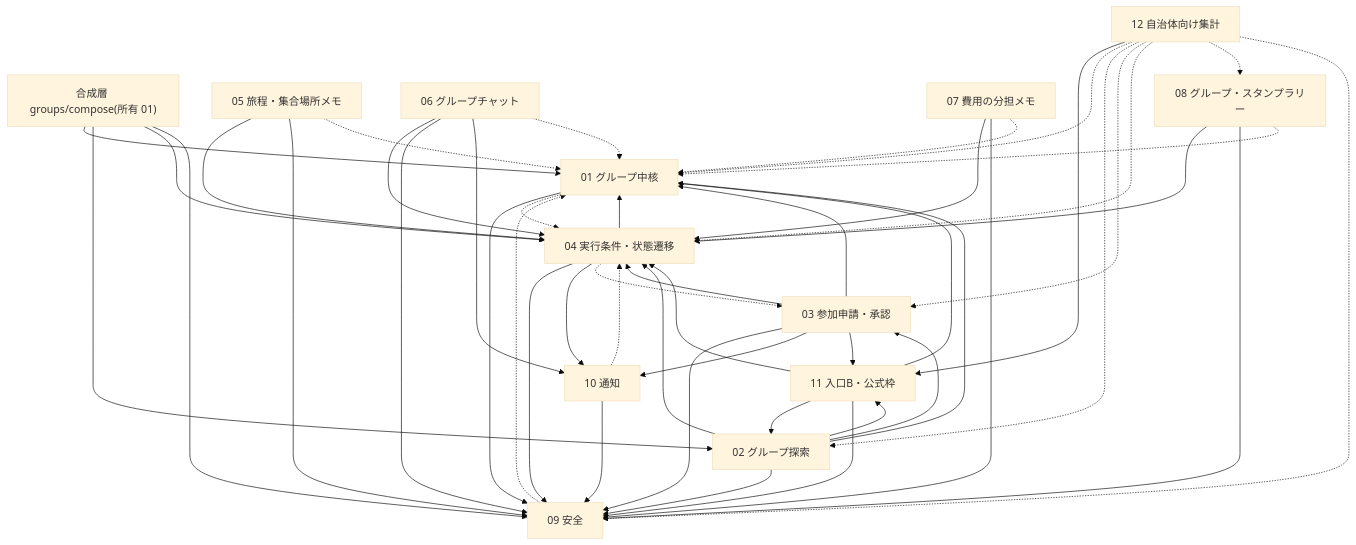
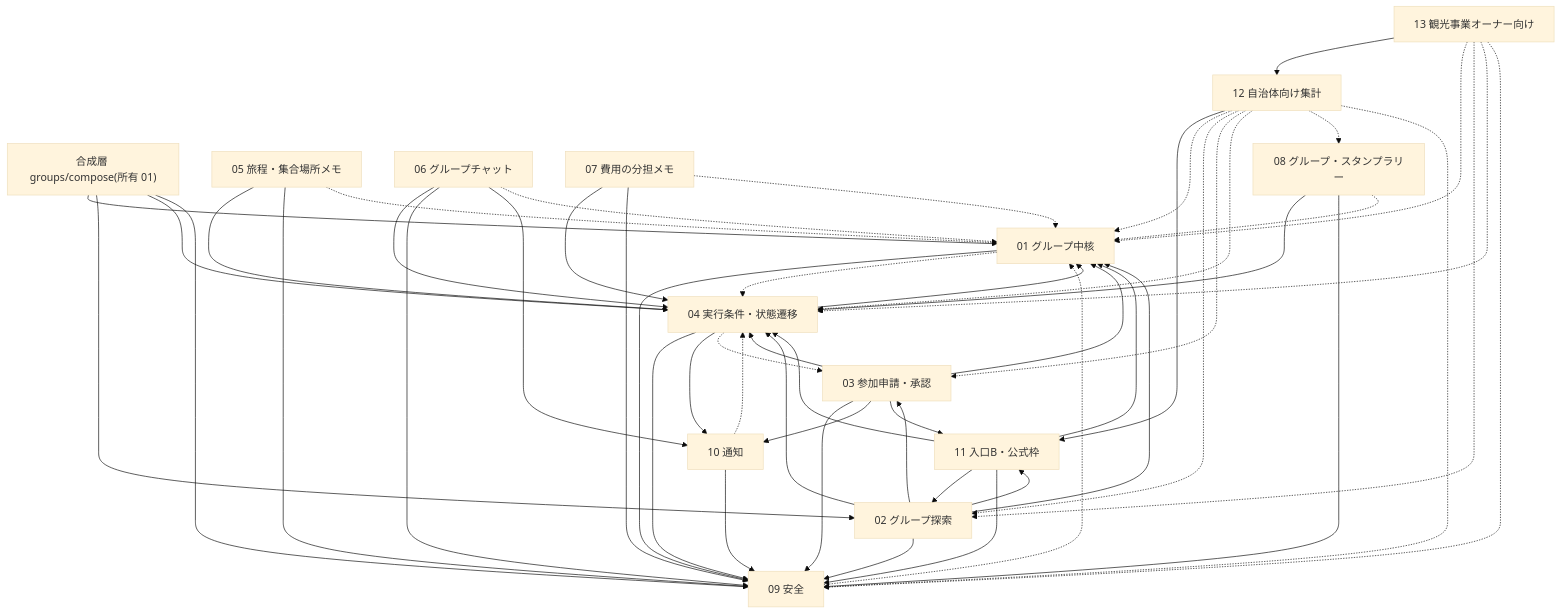
Before and after one commit to masahirosako1005/MC-006: the diagram in docs/feature/README.md, drawn with Mermaid (base theme). The commit also changed other lines of this file and 1 other file, not shown here.

Commit message:
契約書と README にモジュール 13 の追加事項(INS-C-01〜17)を反映

````diff
--- a/docs/feature/README.md
+++ b/docs/feature/README.md
@@ -56,65 +56,71 @@
 ```mermaid
 flowchart TB
   CMP["合成層 groups/compose(所有 01)"]
   M01["01 グループ中核"]
   M02["02 グループ探索"]
   M03["03 参加申請・承認"]
   M04["04 実行条件・状態遷移"]
   M05["05 旅程・集合場所メモ"]
   M06["06 グループチャット"]
   M07["07 費用の分担メモ"]
   M08["08 グループ・スタンプラリー"]
   M09["09 安全"]
   M10["10 通知"]
   M11["11 入口B・公式枠"]
   M12["12 自治体向け集計"]
+  M13["13 観光事業オーナー向け"]
 
   CMP --> M01
   CMP --> M02
   CMP --> M04
   CMP --> M09
   M01 --> M09
   M02 --> M01
   M02 --> M03
   M02 --> M04
   M02 --> M09
   M02 --> M11
   M03 --> M01
   M03 --> M04
   M03 --> M09
   M03 --> M10
   M03 --> M11
   M04 --> M01
   M04 --> M09
   M04 --> M10
   M05 --> M04
   M05 --> M09
   M06 --> M04
   M06 --> M09
   M06 --> M10
   M07 --> M04
   M07 --> M09
   M08 --> M04
   M08 --> M09
   M10 --> M09
   M11 --> M01
   M11 --> M02
   M11 --> M04
   M11 --> M09
   M12 --> M11
+  M13 --> M12
 
   M01 -.-> M04
   M04 -.-> M03
   M05 -.-> M01
   M06 -.-> M01
   M07 -.-> M01
   M08 -.-> M01
   M09 -.-> M01
   M10 -.-> M04
   M12 -.-> M01
   M12 -.-> M02
   M12 -.-> M03
   M12 -.-> M04
   M12 -.-> M08
   M12 -.-> M09
+  M13 -.-> M01
+  M13 -.-> M02
+  M13 -.-> M04
+  M13 -.-> M09
 ```
````
